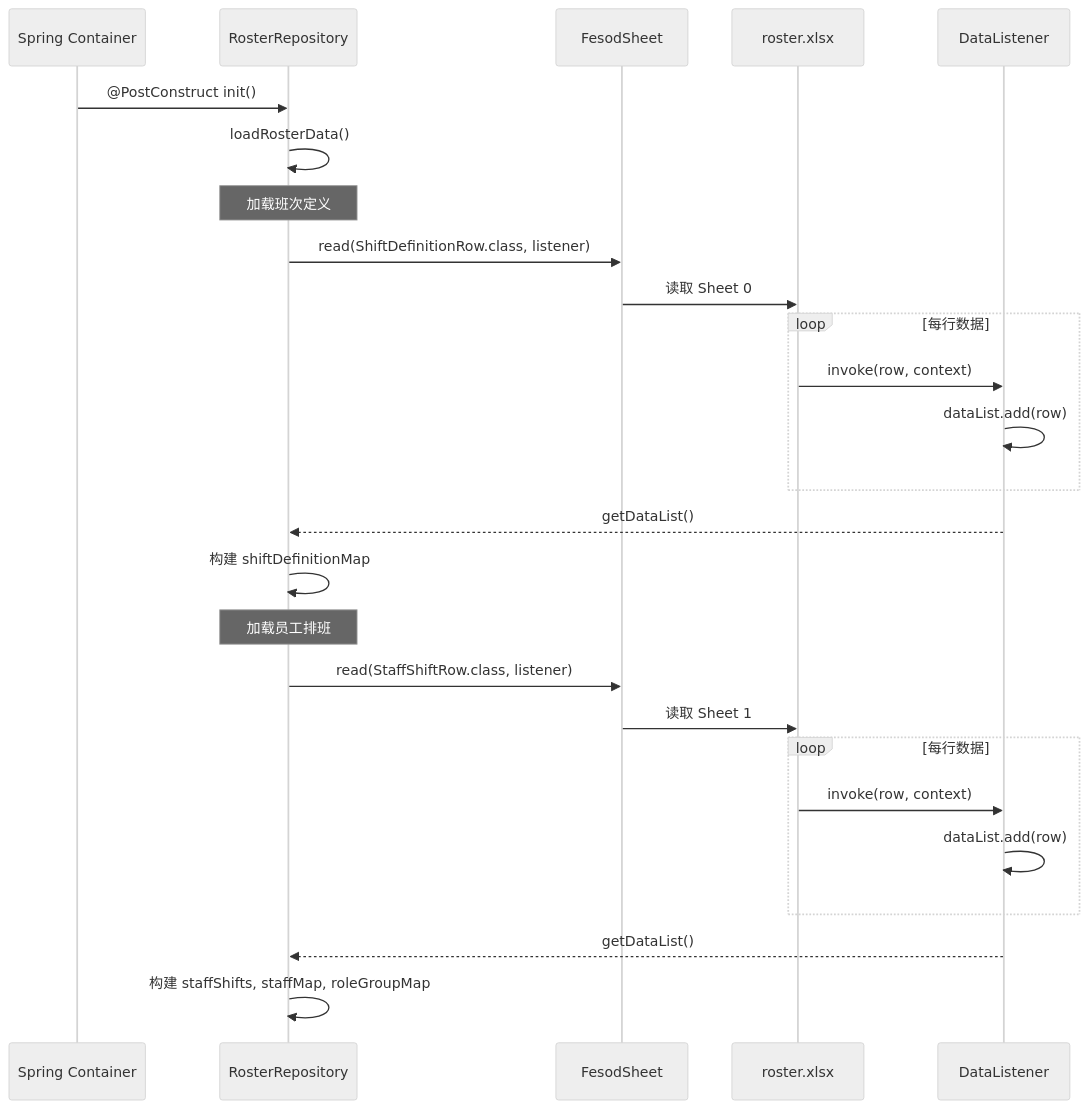
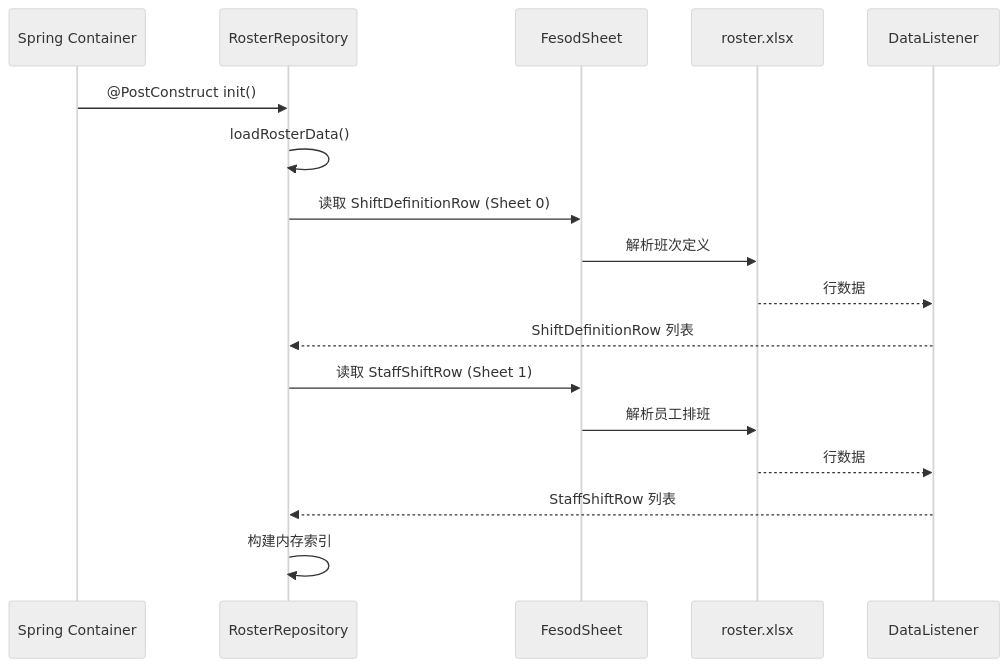
The second of 3 diagrams in .specs/data-architecture.md (yachi666/support-roster-server), drawn with Mermaid (neutral theme) before and after one commit. The commit also changed other lines of this file and 34 other files, not shown here.

Commit message:
feat: Enhance shift definition deletion process with roster assignment cleanup

````diff
--- a/.specs/data-architecture.md
+++ b/.specs/data-architecture.md
@@ -109,31 +72,20 @@
 ```mermaid
 sequenceDiagram
     participant Spring as Spring Container
     participant RR as RosterRepository
     participant Fesod as FesodSheet
     participant Excel as roster.xlsx
     participant Listener as DataListener
-    
+
     Spring->>RR: @PostConstruct init()
     RR->>RR: loadRosterData()
-    
-    Note over RR: 加载班次定义
-    RR->>Fesod: read(ShiftDefinitionRow.class, listener)
-    Fesod->>Excel: 读取 Sheet 0
-    loop 每行数据
-        Excel->>Listener: invoke(row, context)
-        Listener->>Listener: dataList.add(row)
-    end
-    Listener-->>RR: getDataList()
-    RR->>RR: 构建 shiftDefinitionMap
-    
-    Note over RR: 加载员工排班
-    RR->>Fesod: read(StaffShiftRow.class, listener)
-    Fesod->>Excel: 读取 Sheet 1
-    loop 每行数据
-        Excel->>Listener: invoke(row, context)
-        Listener->>Listener: dataList.add(row)
-    end
-    Listener-->>RR: getDataList()
-    RR->>RR: 构建 staffShifts, staffMap, roleGroupMap
+    RR->>Fesod: 读取 ShiftDefinitionRow (Sheet 0)
+    Fesod->>Excel: 解析班次定义
+    Excel-->>Listener: 行数据
+    Listener-->>RR: ShiftDefinitionRow 列表
+    RR->>Fesod: 读取 StaffShiftRow (Sheet 1)
+    Fesod->>Excel: 解析员工排班
+    Excel-->>Listener: 行数据
+    Listener-->>RR: StaffShiftRow 列表
+    RR->>RR: 构建内存索引
 ```
````
